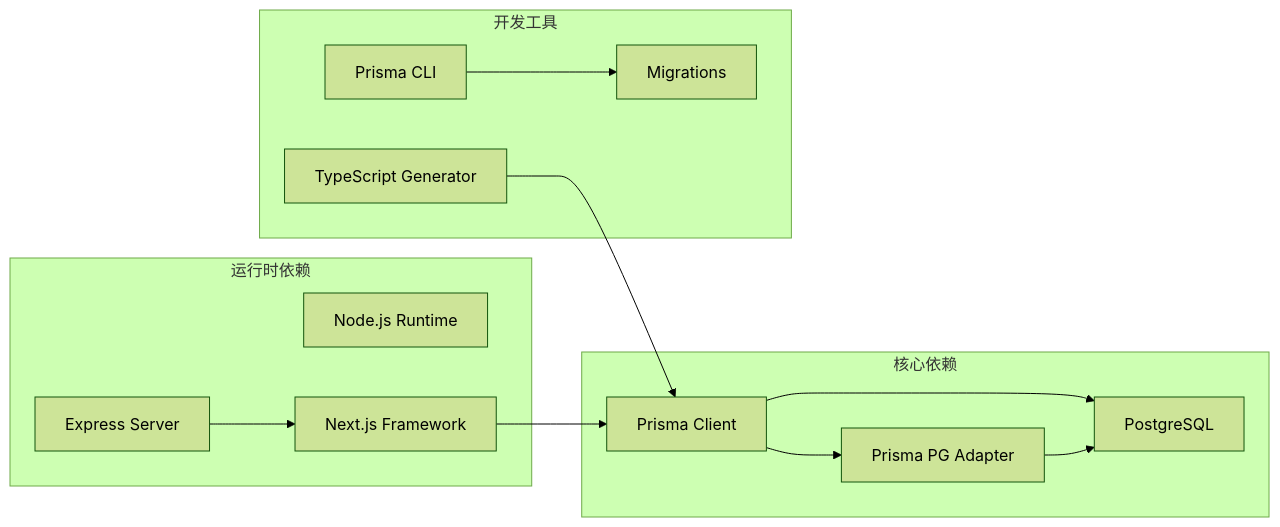
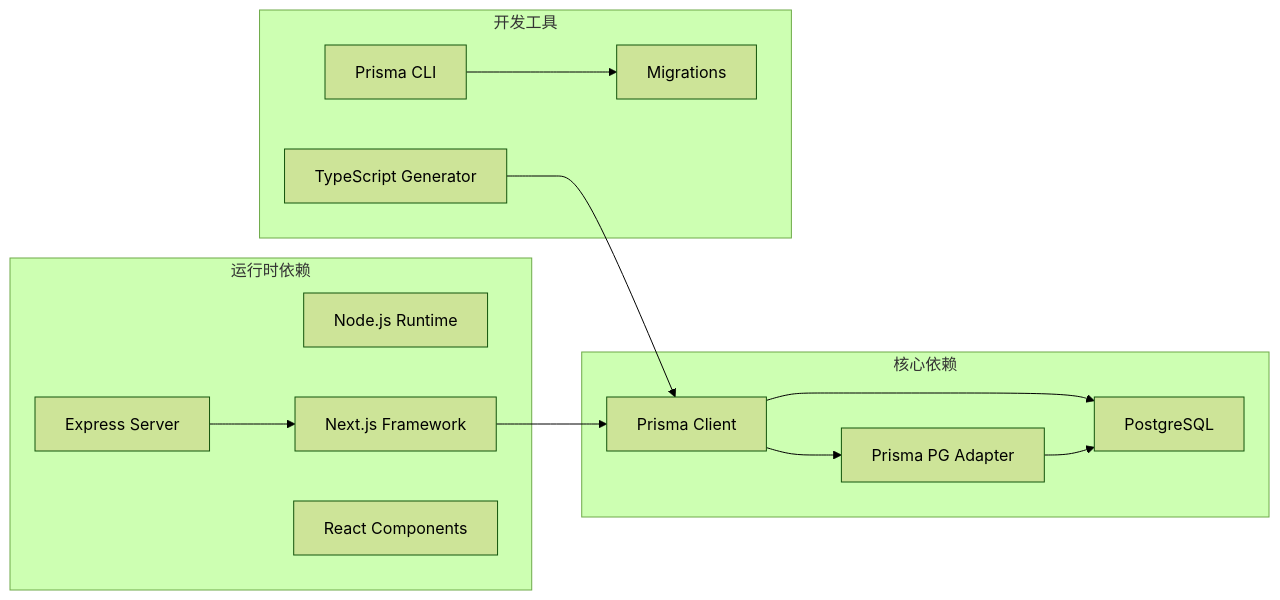
One commit to three3638-arch/celestia_2b changed the ninth of 11 diagrams in .qoder/repowiki/zh/content/架构设计/数据架构设计.md. Above: the diagram before and after it, drawn with Mermaid (forest theme). The commit also changed other lines of this file and 17 other files, not shown here.

````diff
--- a/.qoder/repowiki/zh/content/架构设计/数据架构设计.md
+++ b/.qoder/repowiki/zh/content/架构设计/数据架构设计.md
@@ -457,25 +559,26 @@
 ```mermaid
 graph LR
 subgraph "核心依赖"
 Prisma[Prisma Client]
 PG[PostgreSQL]
 Adapter[Prisma PG Adapter]
 end
 subgraph "运行时依赖"
 Node[Node.js Runtime]
 Express[Express Server]
 Next[Next.js Framework]
+React[React Components]
 end
 subgraph "开发工具"
 PrismaCLI[Prisma CLI]
 Migration[Migrations]
 Generator[TypeScript Generator]
 end
 Prisma --> PG
 Prisma --> Adapter
 Adapter --> PG
 Next --> Prisma
 Express --> Next
 PrismaCLI --> Migration
 Generator --> Prisma
 ```
````
